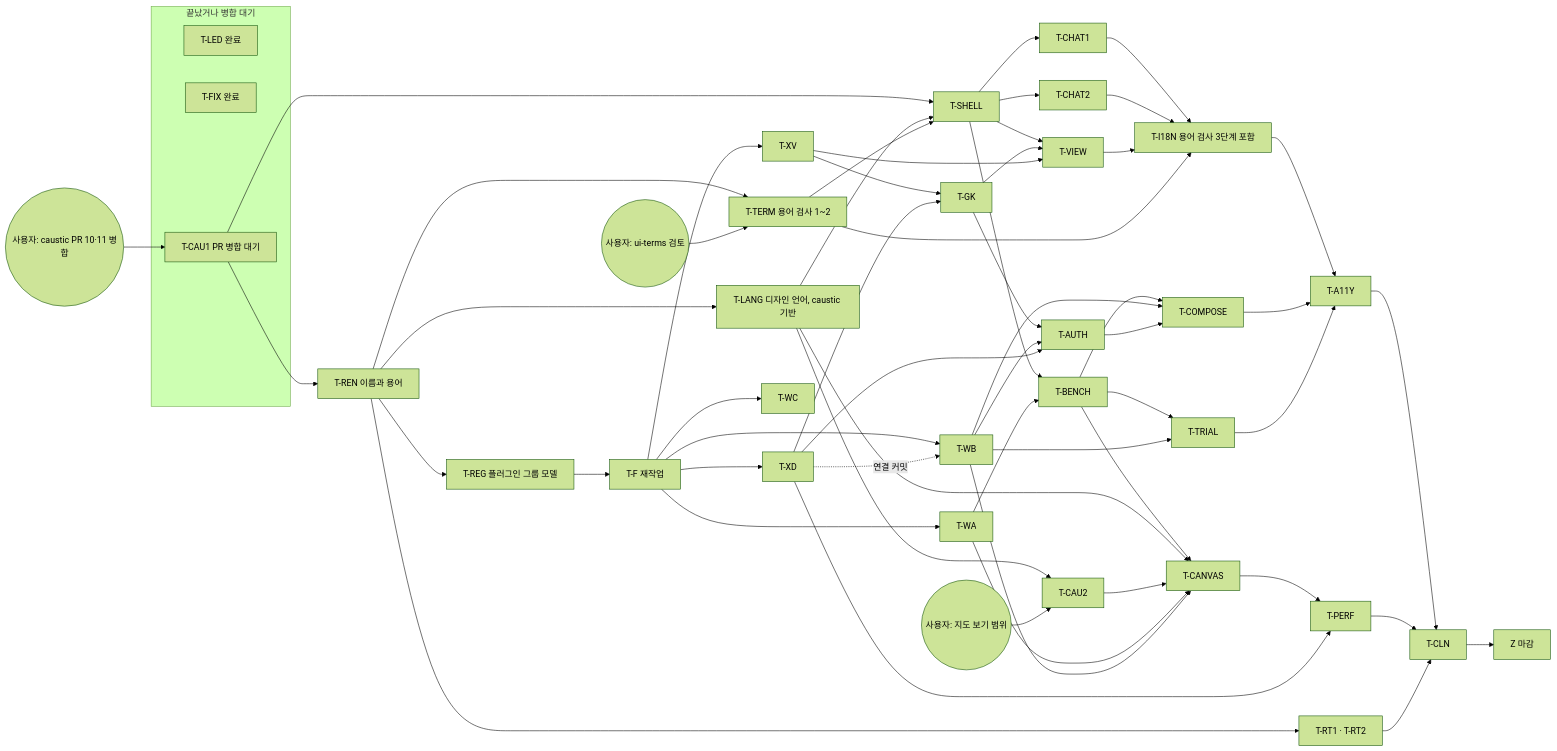
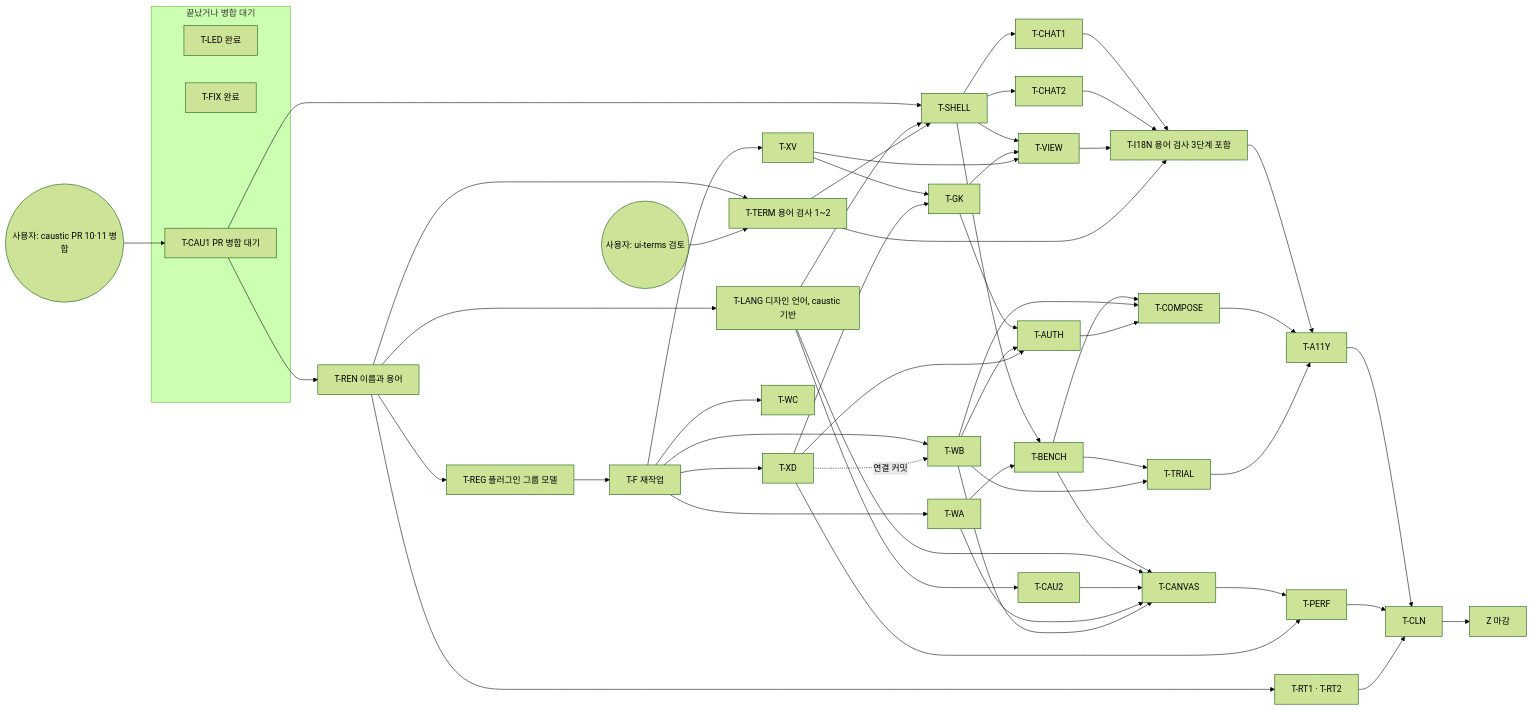
One commit to Rengod95/Helm-Agent_Docs_OS changed the diagram in docs/xeon/review/m4-plan.md. Above: the diagram before and after it, drawn with Mermaid (forest theme). The commit also changed other lines of this file, not shown here.

````diff
--- a/docs/xeon/review/m4-plan.md
+++ b/docs/xeon/review/m4-plan.md
@@ -338,62 +387,61 @@
 ```mermaid
 flowchart LR
   subgraph W0[끝났거나 병합 대기]
     LED[T-LED 완료]
     FIX[T-FIX 완료]
     CAU1[T-CAU1 PR 병합 대기]
   end
   U0((사용자: caustic PR 10·11 병합)) --> CAU1
   CAU1 --> REN[T-REN 이름과 용어]
   REN --> REG[T-REG 플러그인 그룹 모델]
   REN --> TERM[T-TERM 용어 검사 1~2]
   REN --> LANG[T-LANG 디자인 언어, caustic 기반]
   REN --> RT[T-RT1 · T-RT2]
   U1((사용자: ui-terms 검토)) --> TERM
   REG --> F[T-F 재작업]
   F --> XV[T-XV]
   F --> XD[T-XD]
   F --> WA[T-WA]
   F --> WB[T-WB]
   F --> WC[T-WC]
   XV --> GK[T-GK]
   XD --> GK
   XD -.연결 커밋.-> WB
   GK --> AUTH[T-AUTH]
   WB --> AUTH
   XD --> AUTH
   CAU1 --> SHELL[T-SHELL]
   LANG --> SHELL
   TERM --> SHELL
   LANG --> CAU2[T-CAU2]
-  U2((사용자: 지도 보기 범위)) --> CAU2
   SHELL --> CHAT1[T-CHAT1]
   SHELL --> CHAT2[T-CHAT2]
   SHELL --> BENCH[T-BENCH]
   WA --> BENCH
   SHELL --> VIEW[T-VIEW]
   GK --> VIEW
   XV --> VIEW
   BENCH --> TRIAL[T-TRIAL]
   WB --> TRIAL
   BENCH --> CANVAS[T-CANVAS]
   LANG --> CANVAS
   CAU2 --> CANVAS
   WA --> CANVAS
   WB --> CANVAS
   BENCH --> COMPOSE[T-COMPOSE]
   WB --> COMPOSE
   AUTH --> COMPOSE
   CANVAS --> PERF[T-PERF]
   XD --> PERF
   CHAT1 --> I18N[T-I18N 용어 검사 3단계 포함]
   CHAT2 --> I18N
   VIEW --> I18N
   TERM --> I18N
   I18N --> A11Y[T-A11Y]
   COMPOSE --> A11Y
   TRIAL --> A11Y
   A11Y --> CLN[T-CLN]
   PERF --> CLN
   RT --> CLN
   CLN --> Z[Z 마감]
 ```
````
